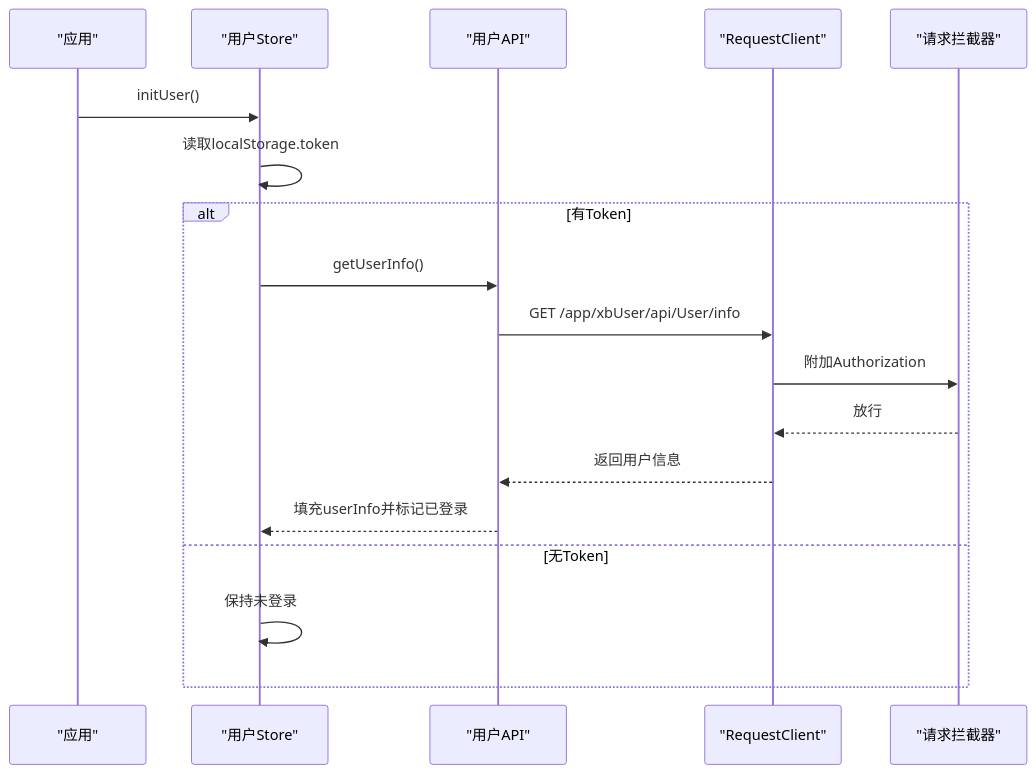
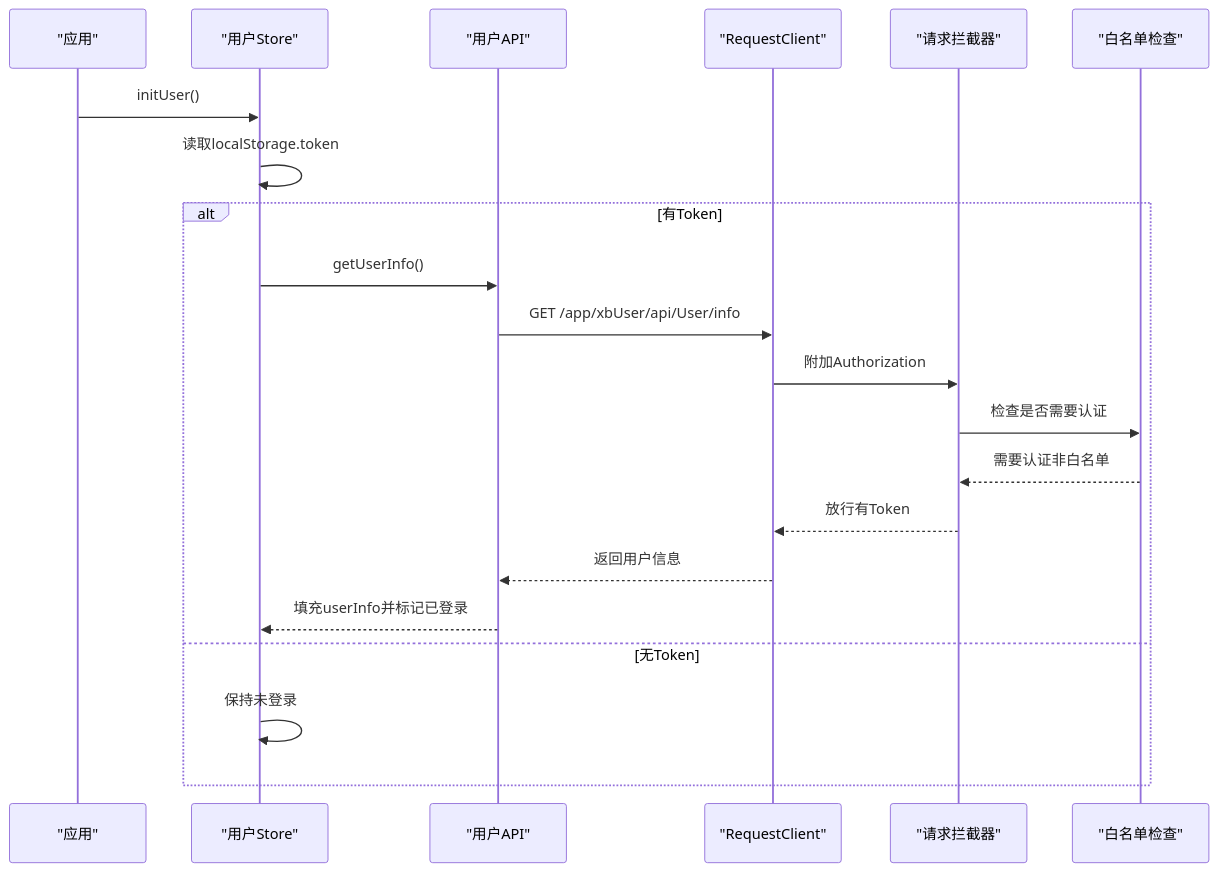
One commit to cyu100235/lingjing-ai changed the fifth of 6 diagrams in .qoder/repowiki/zh/content/架构设计/前端架构设计/HTTP客户端与API封装.md. Above: the diagram before and after it, drawn with Mermaid. The commit also changed other lines of this file and 12 other files, not shown here.

````diff
--- a/.qoder/repowiki/zh/content/架构设计/前端架构设计/HTTP客户端与API封装.md
+++ b/.qoder/repowiki/zh/content/架构设计/前端架构设计/HTTP客户端与API封装.md
@@ -252,20 +341,23 @@
 ```mermaid
 sequenceDiagram
 participant App as "应用"
 participant Store as "用户Store"
 participant API as "用户API"
 participant Client as "RequestClient"
 participant Inter as "请求拦截器"
+participant WhiteList as "白名单检查"
 App->>Store : initUser()
 Store->>Store : 读取localStorage.token
 alt 有Token
 Store->>API : getUserInfo()
 API->>Client : GET /app/xbUser/api/User/info
 Client->>Inter : 附加Authorization
-Inter-->>Client : 放行
+Inter->>WhiteList : 检查是否需要认证
+WhiteList-->>Inter : 需要认证非白名单
+Inter-->>Client : 放行有Token
 Client-->>API : 返回用户信息
 API-->>Store : 填充userInfo并标记已登录
 else 无Token
 Store->>Store : 保持未登录
 end
 ```
````
